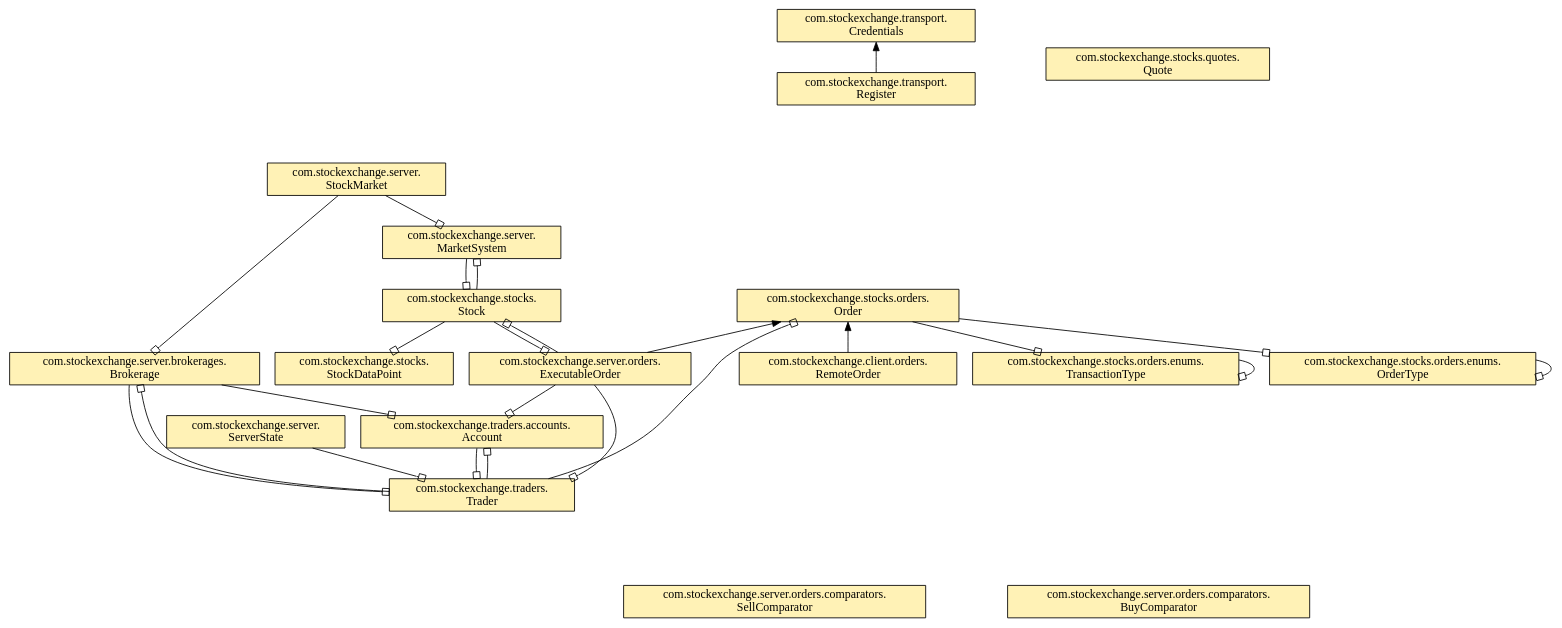
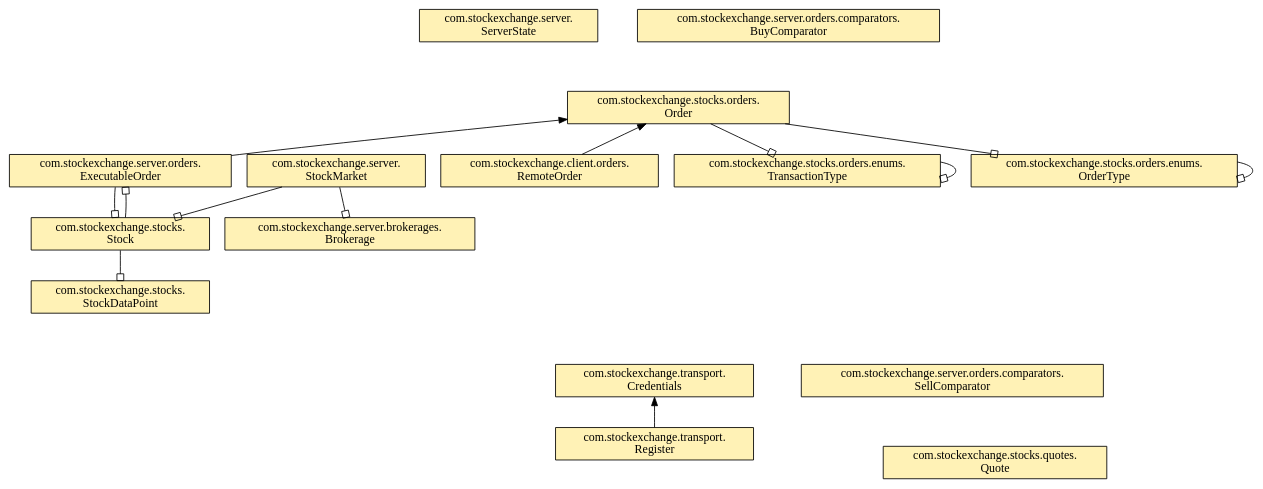
The diagram in build/doc.dot (rhino1998/StockExchange), drawn with Graphviz before and after one commit. The commit also changed 232 other files, not shown here.

```diff
--- a/build/doc.dot
+++ b/build/doc.dot
@@ -1,56 +1,42 @@
 digraph {
 size="2000.0,2000.0";
 layout=dot;
 rankdir="BT";
 overlap=false;
 splines=true;
 pack=true;
 
 node[shape=box,style=filled,fillcolor="#fff2b6"];
+  "com.stockexchange.stocks.\nStockDataPoint"
+  "com.stockexchange.server.orders.comparators.\nSellComparator"
   "com.stockexchange.server.\nServerState"
   "com.stockexchange.server.brokerages.\nBrokerage"
-  "com.stockexchange.server.\nMarketSystem"
-  "com.stockexchange.stocks.\nStock"
-  "com.stockexchange.server.orders.comparators.\nBuyComparator"
-  "com.stockexchange.traders.\nTrader"
-  "com.stockexchange.server.orders.\nExecutableOrder"
-  "com.stockexchange.transport.\nRegister"
-  "com.stockexchange.stocks.\nStockDataPoint"
-  "com.stockexchange.server.orders.comparators.\nSellComparator"
   "com.stockexchange.client.orders.\nRemoteOrder"
   "com.stockexchange.stocks.orders.\nOrder"
   "com.stockexchange.stocks.orders.enums.\nTransactionType"
+  "com.stockexchange.stocks.\nStock"
   "com.stockexchange.stocks.orders.enums.\nOrderType"
-  "com.stockexchange.traders.accounts.\nAccount"
+  "com.stockexchange.server.orders.comparators.\nBuyComparator"
   "com.stockexchange.stocks.quotes.\nQuote"
   "com.stockexchange.transport.\nCredentials"
+  "com.stockexchange.server.orders.\nExecutableOrder"
   "com.stockexchange.server.\nStockMarket"
+  "com.stockexchange.transport.\nRegister"
 
 node[shape=diamond,style=filled,fillcolor="#b6e7ff"];
 
 node[shape=oval,style=filled,fillcolor="#f3c9ff"];
 
-  "com.stockexchange.traders.\nTrader" -> "com.stockexchange.server.\nServerState" [arrowtail=obox, dir=back]
-  "com.stockexchange.traders.\nTrader" -> "com.stockexchange.server.brokerages.\nBrokerage" [arrowtail=obox, dir=back]
-  "com.stockexchange.traders.accounts.\nAccount" -> "com.stockexchange.server.brokerages.\nBrokerage" [arrowtail=obox, dir=back]
-  "com.stockexchange.stocks.\nStock" -> "com.stockexchange.server.\nMarketSystem" [arrowtail=obox, dir=back]
-  "com.stockexchange.server.orders.\nExecutableOrder" -> "com.stockexchange.stocks.\nStock" [arrowtail=obox, dir=back]
-  "com.stockexchange.stocks.\nStockDataPoint" -> "com.stockexchange.stocks.\nStock" [arrowtail=obox, dir=back]
-  "com.stockexchange.server.\nMarketSystem" -> "com.stockexchange.stocks.\nStock" [arrowtail=obox, dir=back]
-  "com.stockexchange.server.brokerages.\nBrokerage" -> "com.stockexchange.traders.\nTrader" [arrowtail=obox, dir=back]
-  "com.stockexchange.traders.accounts.\nAccount" -> "com.stockexchange.traders.\nTrader" [arrowtail=obox, dir=back]
-  "com.stockexchange.stocks.orders.\nOrder" -> "com.stockexchange.traders.\nTrader" [arrowtail=obox, dir=back]
-  "com.stockexchange.server.orders.\nExecutableOrder" -> "com.stockexchange.stocks.orders.\nOrder"
-  "com.stockexchange.traders.\nTrader" -> "com.stockexchange.server.orders.\nExecutableOrder" [arrowtail=obox, dir=back]
-  "com.stockexchange.traders.accounts.\nAccount" -> "com.stockexchange.server.orders.\nExecutableOrder" [arrowtail=obox, dir=back]
-  "com.stockexchange.stocks.\nStock" -> "com.stockexchange.server.orders.\nExecutableOrder" [arrowtail=obox, dir=back]
-  "com.stockexchange.transport.\nRegister" -> "com.stockexchange.transport.\nCredentials"
   "com.stockexchange.client.orders.\nRemoteOrder" -> "com.stockexchange.stocks.orders.\nOrder"
   "com.stockexchange.stocks.orders.enums.\nOrderType" -> "com.stockexchange.stocks.orders.\nOrder" [arrowtail=obox, dir=back]
   "com.stockexchange.stocks.orders.enums.\nTransactionType" -> "com.stockexchange.stocks.orders.\nOrder" [arrowtail=obox, dir=back]
   "com.stockexchange.stocks.orders.enums.\nTransactionType" -> "com.stockexchange.stocks.orders.enums.\nTransactionType" [arrowtail=obox, dir=back]
+  "com.stockexchange.server.orders.\nExecutableOrder" -> "com.stockexchange.stocks.\nStock" [arrowtail=obox, dir=back]
+  "com.stockexchange.stocks.\nStockDataPoint" -> "com.stockexchange.stocks.\nStock" [arrowtail=obox, dir=back]
   "com.stockexchange.stocks.orders.enums.\nOrderType" -> "com.stockexchange.stocks.orders.enums.\nOrderType" [arrowtail=obox, dir=back]
-  "com.stockexchange.traders.\nTrader" -> "com.stockexchange.traders.accounts.\nAccount" [arrowtail=obox, dir=back]
-  "com.stockexchange.server.\nMarketSystem" -> "com.stockexchange.server.\nStockMarket" [arrowtail=obox, dir=back]
+  "com.stockexchange.server.orders.\nExecutableOrder" -> "com.stockexchange.stocks.orders.\nOrder"
+  "com.stockexchange.stocks.\nStock" -> "com.stockexchange.server.orders.\nExecutableOrder" [arrowtail=obox, dir=back]
   "com.stockexchange.server.brokerages.\nBrokerage" -> "com.stockexchange.server.\nStockMarket" [arrowtail=obox, dir=back]
+  "com.stockexchange.stocks.\nStock" -> "com.stockexchange.server.\nStockMarket" [arrowtail=obox, dir=back]
+  "com.stockexchange.transport.\nRegister" -> "com.stockexchange.transport.\nCredentials"
 }
```
